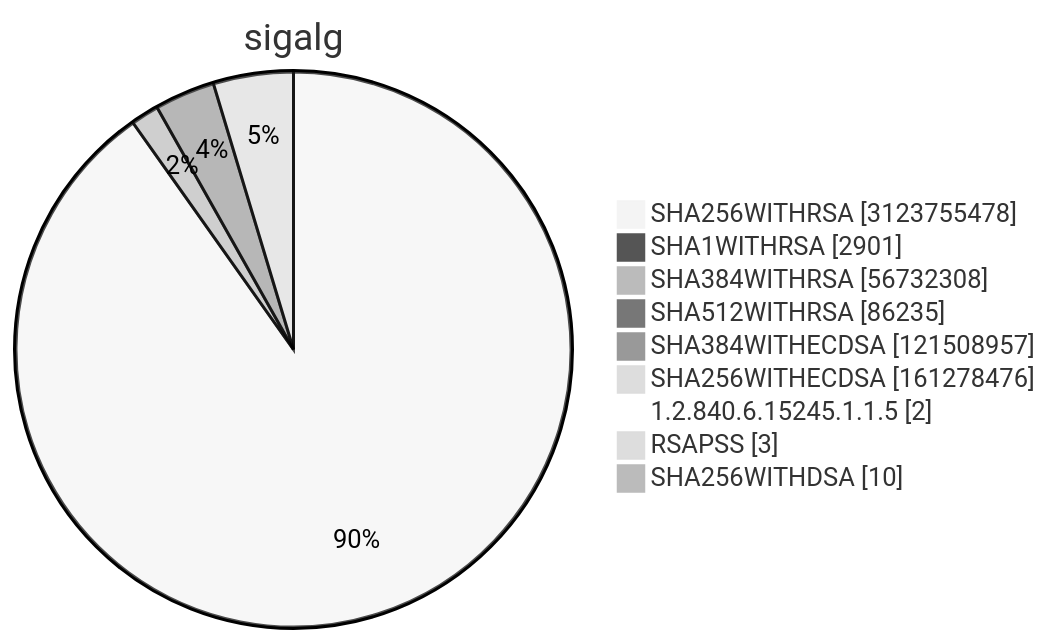
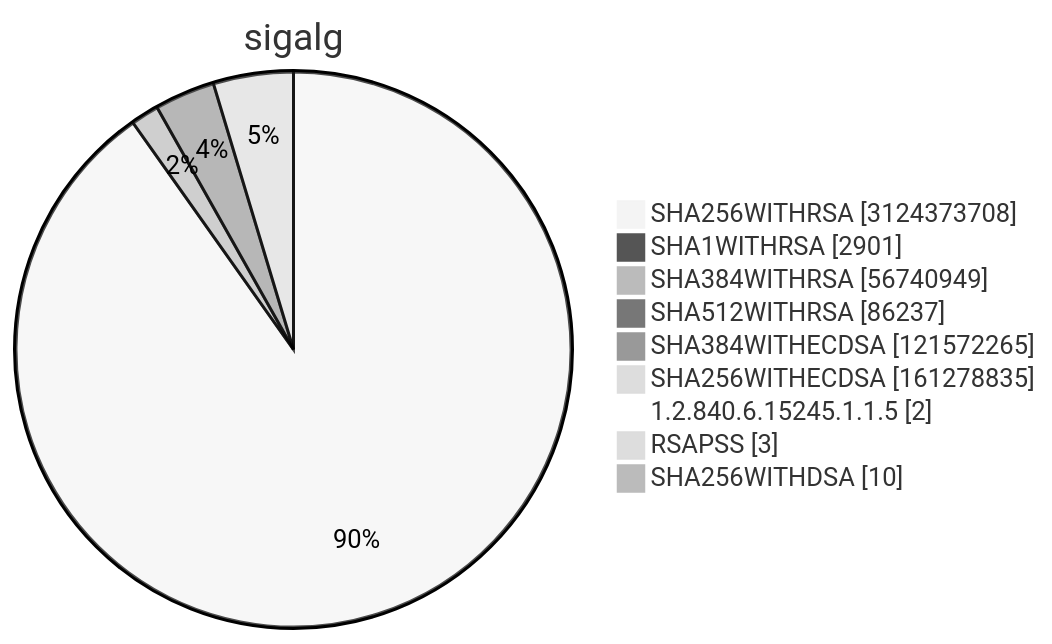
Before and after one commit to christiankrug/ctmonitor_visualization: diagram 15 of 15 in TOTAL/README.md, drawn with Mermaid (neutral theme). The commit also changed other lines of this file, not shown here.

````diff
--- a/TOTAL/README.md
+++ b/TOTAL/README.md
@@ -6212,13 +6212,13 @@
 ```mermaid
 pie showData
 title sigalg
-"SHA256WITHRSA" :3123755478
+"SHA256WITHRSA" :3124373708
 "SHA1WITHRSA" :2901
-"SHA384WITHRSA" :56732308
-"SHA512WITHRSA" :86235
-"SHA384WITHECDSA" :121508957
-"SHA256WITHECDSA" :161278476
+"SHA384WITHRSA" :56740949
+"SHA512WITHRSA" :86237
+"SHA384WITHECDSA" :121572265
+"SHA256WITHECDSA" :161278835
 "1.2.840.6.15245.1.1.5" :2
 "RSAPSS" :3
 "SHA256WITHDSA" :10
 ```
````
